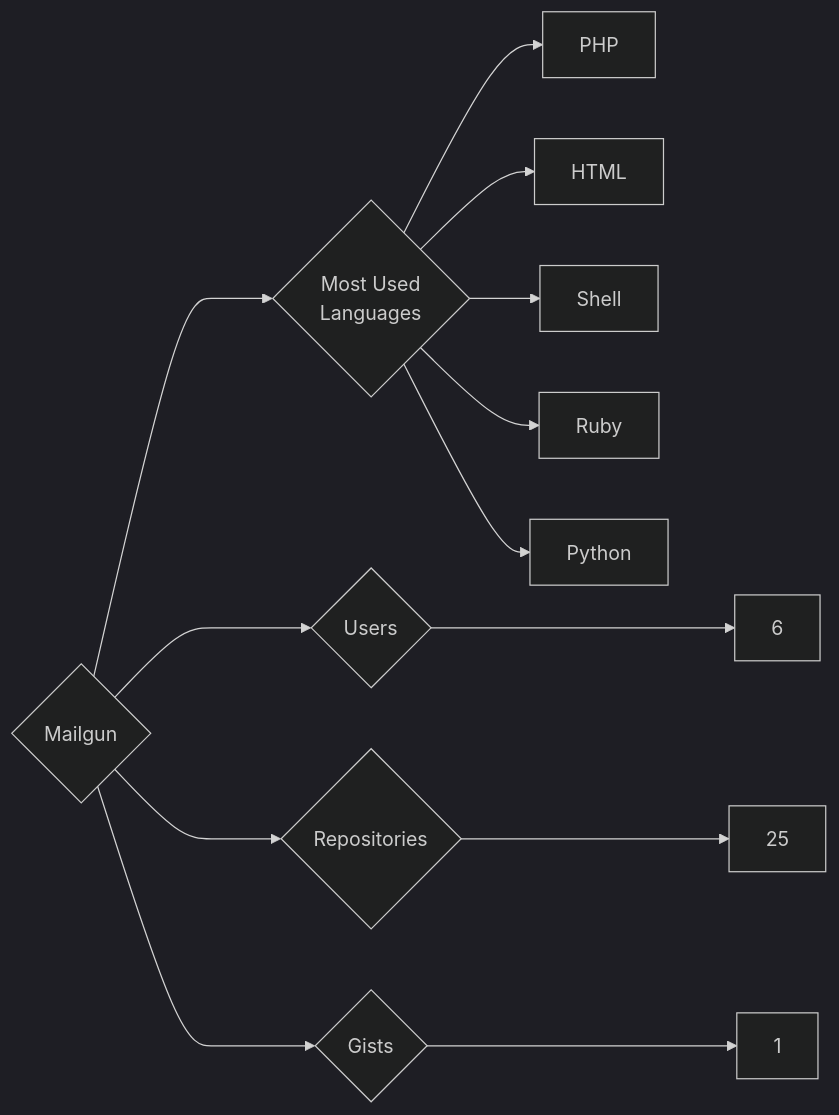
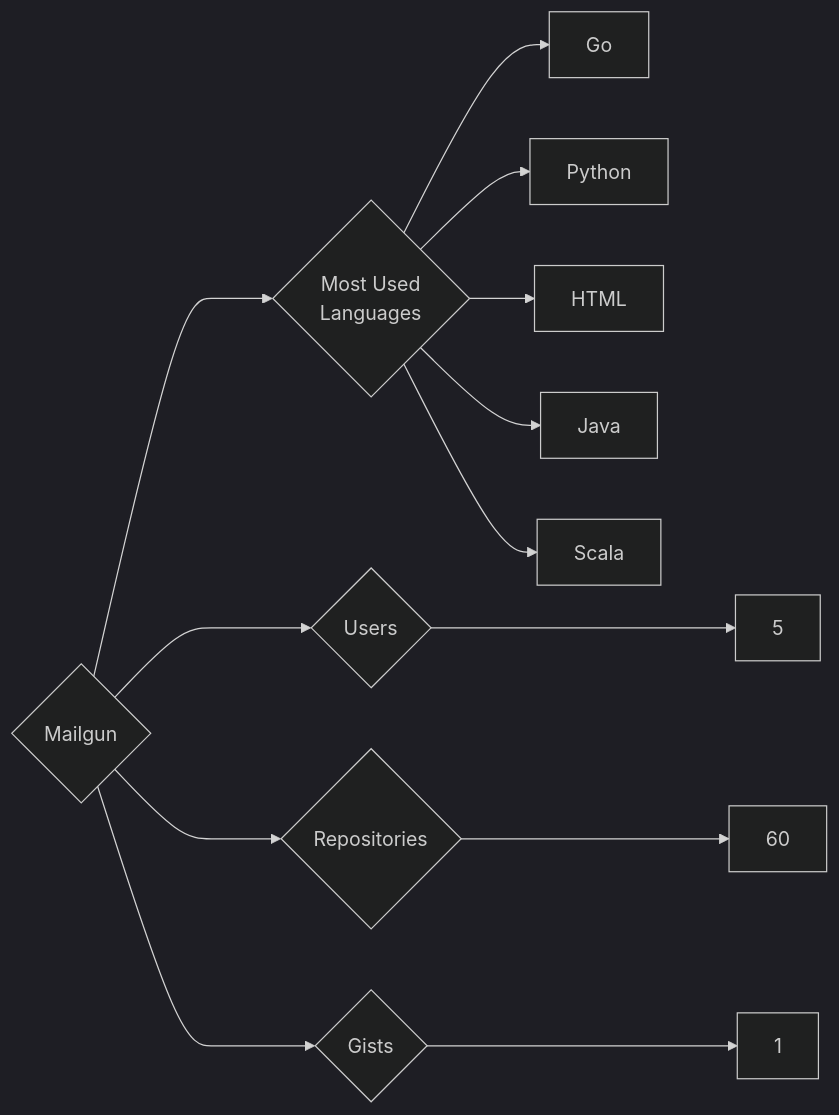
Before and after one commit to trickest/insiders: the diagram in targets/Mailgun/README.md, drawn with Mermaid (dark theme). The commit also changed 809 other files, not shown here.

````diff
--- a/targets/Mailgun/README.md
+++ b/targets/Mailgun/README.md
@@ -3,13 +3,13 @@
 ```mermaid
 graph LR
 COMPANY_NAME{Mailgun}
-COMPANY_NAME ---> U{Users} ---> UN[6]
-COMPANY_NAME ---> R{Repositories} ---> RN[25]
+COMPANY_NAME ---> U{Users} ---> UN[5]
+COMPANY_NAME ---> R{Repositories} ---> RN[60]
 COMPANY_NAME ---> G{Gists} ---> GN[1]
 COMPANY_NAME ---> ML{Most Used<br>Languages}
-ML --> PHP[PHP]
+ML --> Go[Go]
+ML --> Python[Python]
 ML --> HTML[HTML]
-ML --> Shell[Shell]
-ML --> Ruby[Ruby]
-ML --> Python[Python]
+ML --> Java[Java]
+ML --> Scala[Scala]
 ```
````
